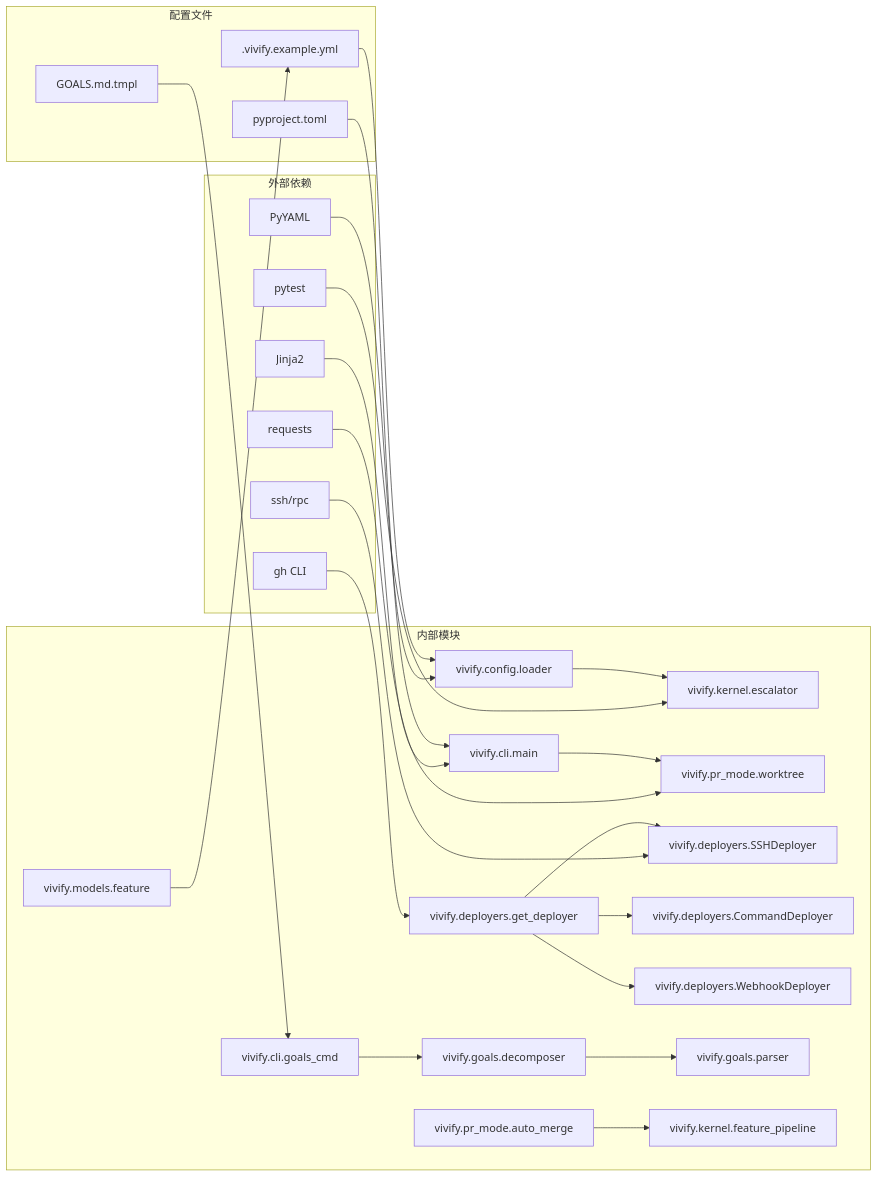
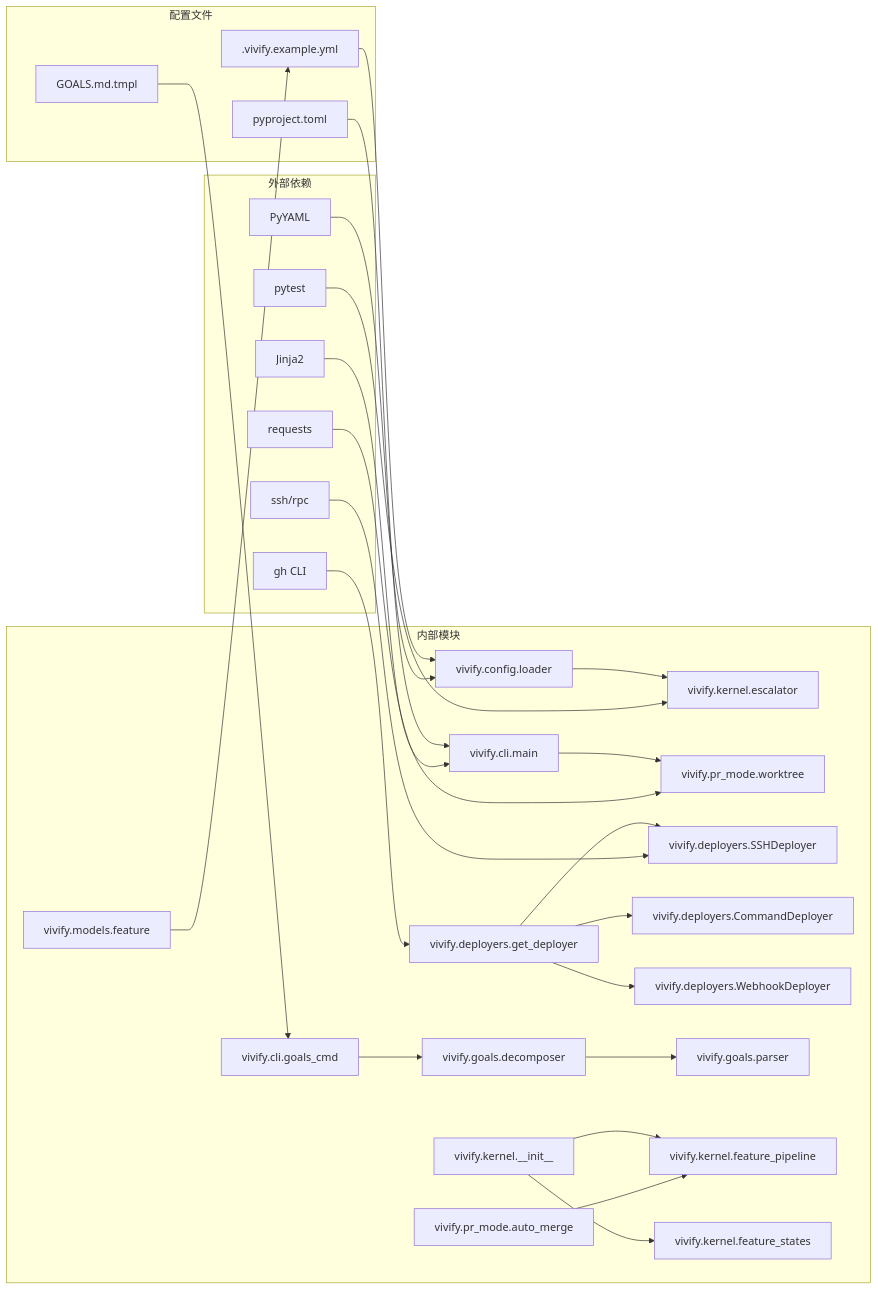
One commit to pinsonchen/vivify changed diagram 16 of 16 in .qoder/repowiki/zh/content/技术实现参考/代码替换策略/核心内核循环和文档更新.md. Above: the diagram before and after it, drawn with Mermaid. The commit also changed other lines of this file and 5 other files, not shown here.

````diff
--- a/.qoder/repowiki/zh/content/技术实现参考/代码替换策略/核心内核循环和文档更新.md
+++ b/.qoder/repowiki/zh/content/技术实现参考/代码替换策略/核心内核循环和文档更新.md
@@ -715,50 +810,54 @@
 ```mermaid
 graph LR
 subgraph "外部依赖"
 A[PyYAML]
 B[Jinja2]
 C[requests]
 D[pytest]
 E[gh CLI]
 F[ssh/rpc]
 end
 subgraph "内部模块"
 G[vivify.kernel.escalator]
 H[vivify.config.loader]
 I[vivify.cli.main]
 J[vivify.pr_mode.worktree]
 K[vivify.deployers.get_deployer]
 L[vivify.deployers.SSHDeployer]
 M[vivify.deployers.CommandDeployer]
 N[vivify.deployers.WebhookDeployer]
 O[vivify.goals.decomposer]
 P[vivify.goals.parser]
 Q[vivify.cli.goals_cmd]
 R[vivify.models.feature]
 S[vivify.pr_mode.auto_merge]
 T[vivify.kernel.feature_pipeline]
+U[vivify.kernel.feature_states]
+V[vivify.kernel.__init__]
 end
 subgraph "配置文件"
-U[.vivify.example.yml]
-V[pyproject.toml]
-W[GOALS.md.tmpl]
+W[.vivify.example.yml]
+X[pyproject.toml]
+Y[GOALS.md.tmpl]
 end
 A --> H
 B --> I
 C --> J
 D --> G
 E --> K
 F --> L
-U --> H
-V --> I
+W --> H
+X --> I
 H --> G
 I --> J
 K --> L
 K --> M
 K --> N
 O --> P
 Q --> O
-R --> U
-W --> Q
+R --> W
+Y --> Q
 S --> T
+V --> T
+V --> U
 ```
````
